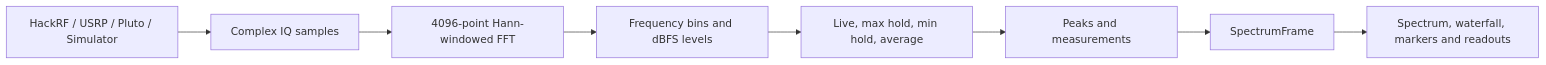
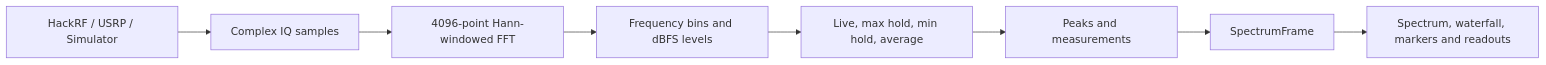
The diagram in README.md (samarth1011-1/Cross-SDR-Spectrum-Analyzer), drawn with Mermaid before and after one commit. The commit also changed other lines of this file and 51 other files, not shown here.

````diff
--- a/README.md
+++ b/README.md
@@ -38,10 +41,10 @@
 ```mermaid
 flowchart LR
-    A["HackRF / USRP / Pluto / Simulator"] --> B["Complex IQ samples"]
+    A["HackRF / USRP / Simulator"] --> B["Complex IQ samples"]
     B --> C["4096-point Hann-windowed FFT"]
     C --> D["Frequency bins and dBFS levels"]
     D --> E["Live, max hold, min hold, average"]
     E --> F["Peaks and measurements"]
     F --> G["SpectrumFrame"]
     G --> H["Spectrum, waterfall, markers and readouts"]
 ```
````
